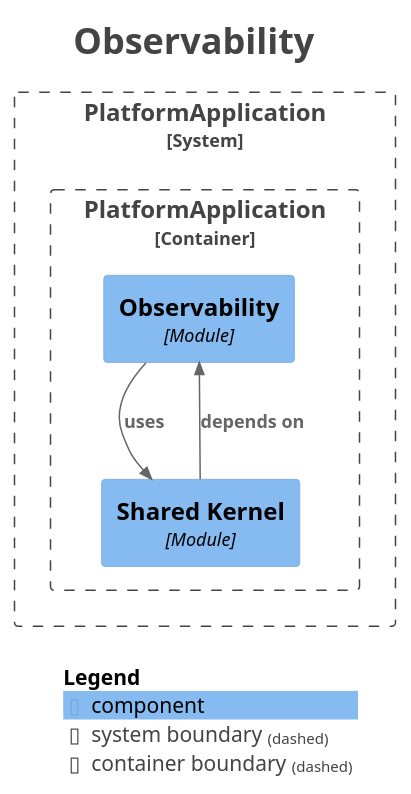
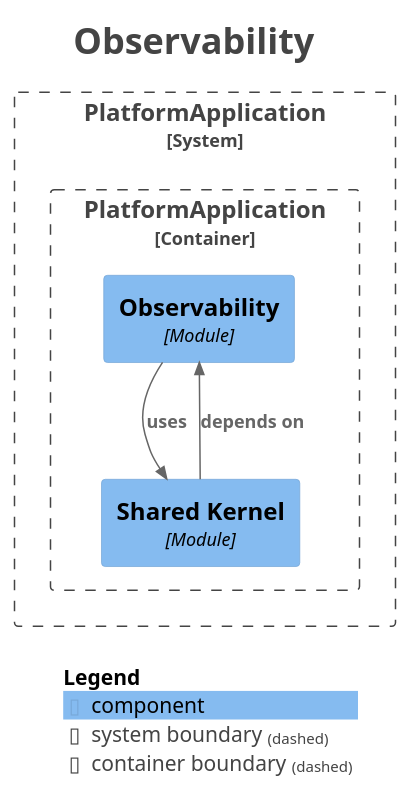
Before and after one commit to shangxq007/media-platform: the diagram in platform-app/docs/architecture/maps/generated/modulith/module-observability.puml, drawn with PlantUML. The commit also changed other lines of this file and 230 other files, not shown here.

```diff
--- a/platform-app/docs/architecture/maps/generated/modulith/module-observability.puml
+++ b/platform-app/docs/architecture/maps/generated/modulith/module-observability.puml
@@ -1,31 +1,31 @@
 @startuml
 title <size:24>Observability</size>
 
 set separator none
 top to bottom direction
 
 <style>
   root {
     BackgroundColor: #ffffff
     FontColor: #444444
   }
 </style>
 
 !include <C4/C4>
 !include <C4/C4_Context>
 !include <C4/C4_Component>
 
 System_Boundary("PlatformApplication_boundary", "PlatformApplication", $tags="") {
   Container_Boundary("PlatformApplication.PlatformApplication_boundary", "PlatformApplication", $tags="") {
     Component(PlatformApplication.PlatformApplication.Observability, "Observability", $techn="Module", $descr="", $tags="", $link="")
     Component(PlatformApplication.PlatformApplication.SharedKernel, "Shared Kernel", $techn="Module", $descr="", $tags="", $link="")
   }
 
 }
 
+Rel(PlatformApplication.PlatformApplication.SharedKernel, PlatformApplication.PlatformApplication.Observability, "depends on", $techn="", $tags="", $link="")
 Rel(PlatformApplication.PlatformApplication.Observability, PlatformApplication.PlatformApplication.SharedKernel, "uses", $techn="", $tags="", $link="")
-Rel(PlatformApplication.PlatformApplication.SharedKernel, PlatformApplication.PlatformApplication.Observability, "depends on", $techn="", $tags="", $link="")
 
 SHOW_LEGEND(true)
 hide stereotypes
 @enduml
```
